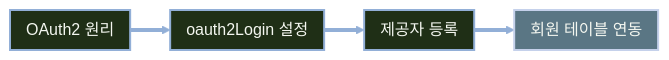
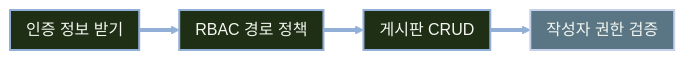
The first of 4 diagrams in slides.md (qus0in/slide-maker), drawn with Mermaid before and after one commit. The commit also changed other lines of this file, not shown here.

````diff
--- a/slides.md
+++ b/slides.md
@@ -90,23 +90,23 @@
 ```mermaid
 ---
 config:
   themeVariables:
     lineColor: "#92AFD7"
     arrowheadColor: "#92AFD7"
     edgeLabelBackground: "#1F2F16"
   flowchart:
     padding: 8
     nodeSpacing: 40
     rankSpacing: 40
 ---
 flowchart LR
-  A["OAuth2 원리"] --> B["oauth2Login 설정"]
-  B --> C["제공자 등록"]
-  C --> D["회원 테이블 연동"]
+  A["인증 정보 받기"] --> B["RBAC 경로 정책"]
+  B --> C["게시판 CRUD"]
+  C --> D["작성자 권한 검증"]
 
   class A,B,C step
   class D result
   classDef step fill:#1F2F16,stroke:#92AFD7,color:#F4F7F0,stroke-width:2px
   classDef result fill:#5A7684,stroke:#C5D1EB,color:#F4F7F0,stroke-width:2px
   linkStyle default stroke:#92AFD7,stroke-width:4px
 ```
````
